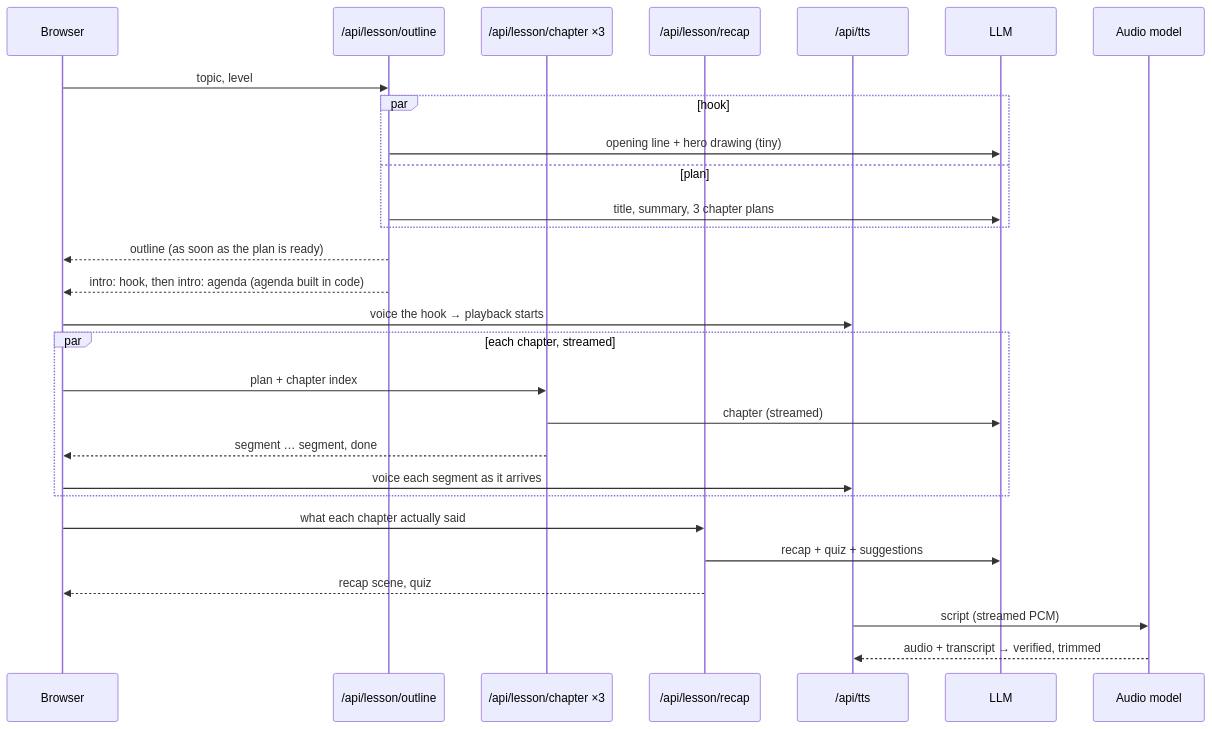
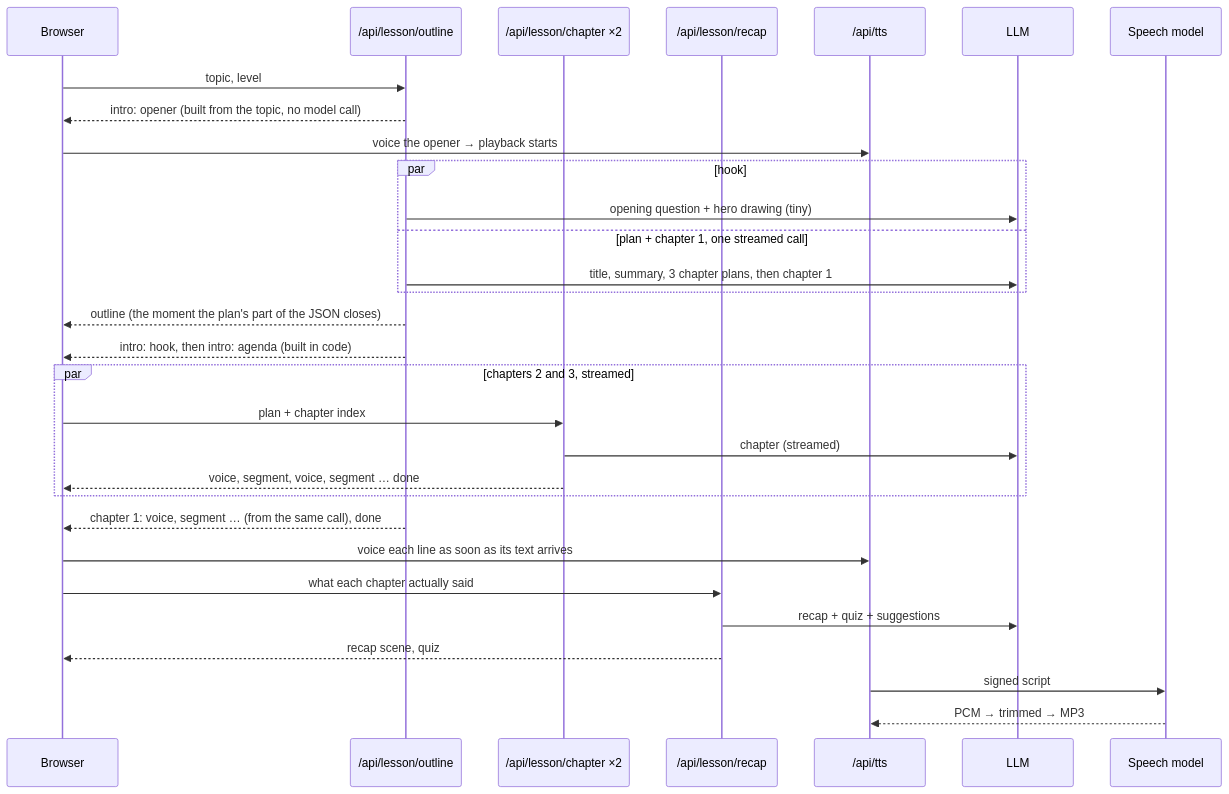
Before and after one commit to zynoxprince/ChalkTalk: the first of 2 diagrams in docs/ARCHITECTURE.md, drawn with Mermaid. The commit also changed other lines of this file and 11 other files, not shown here.

````diff
--- a/docs/ARCHITECTURE.md
+++ b/docs/ARCHITECTURE.md
@@ -19,31 +19,33 @@
 ```mermaid
 sequenceDiagram
   participant U as Browser
   participant O as /api/lesson/outline
-  participant C as /api/lesson/chapter ×3
+  participant C as /api/lesson/chapter ×2
   participant R as /api/lesson/recap
   participant V as /api/tts
   participant L as LLM
-  participant A as Audio model
+  participant A as Speech model
 
   U->>O: topic, level
+  O-->>U: intro: opener (built from the topic, no model call)
+  U->>V: voice the opener → playback starts
   par hook
-    O->>L: opening line + hero drawing (tiny)
-  and plan
-    O->>L: title, summary, 3 chapter plans
+    O->>L: opening question + hero drawing (tiny)
+  and plan + chapter 1, one streamed call
+    O->>L: title, summary, 3 chapter plans, then chapter 1
   end
-  O-->>U: outline (as soon as the plan is ready)
-  O-->>U: intro: hook, then intro: agenda (agenda built in code)
-  U->>V: voice the hook → playback starts
-  par each chapter, streamed
+  O-->>U: outline (the moment the plan's part of the JSON closes)
+  O-->>U: intro: hook, then intro: agenda (built in code)
+  par chapters 2 and 3, streamed
     U->>C: plan + chapter index
     C->>L: chapter (streamed)
-    C-->>U: segment … segment, done
-    U->>V: voice each segment as it arrives
+    C-->>U: voice, segment, voice, segment … done
   end
+  O-->>U: chapter 1: voice, segment … (from the same call), done
+  U->>V: voice each line as soon as its text arrives
   U->>R: what each chapter actually said
   R->>L: recap + quiz + suggestions
   R-->>U: recap scene, quiz
-  V->>A: script (streamed PCM)
-  A-->>V: audio + transcript → verified, trimmed
+  V->>A: signed script
+  A-->>V: PCM → trimmed → MP3
 ```
````
